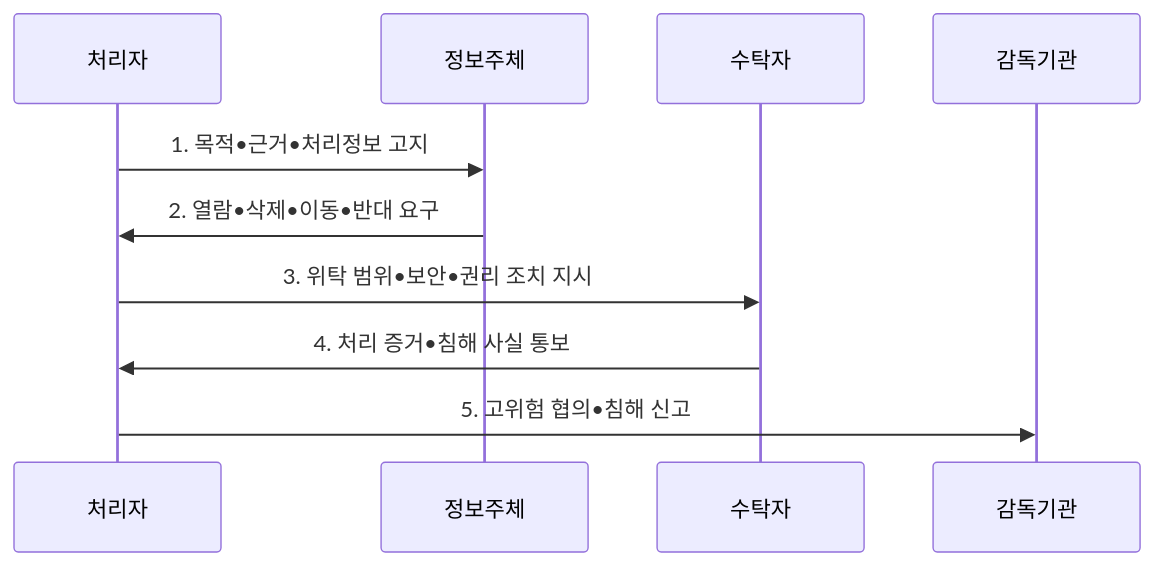
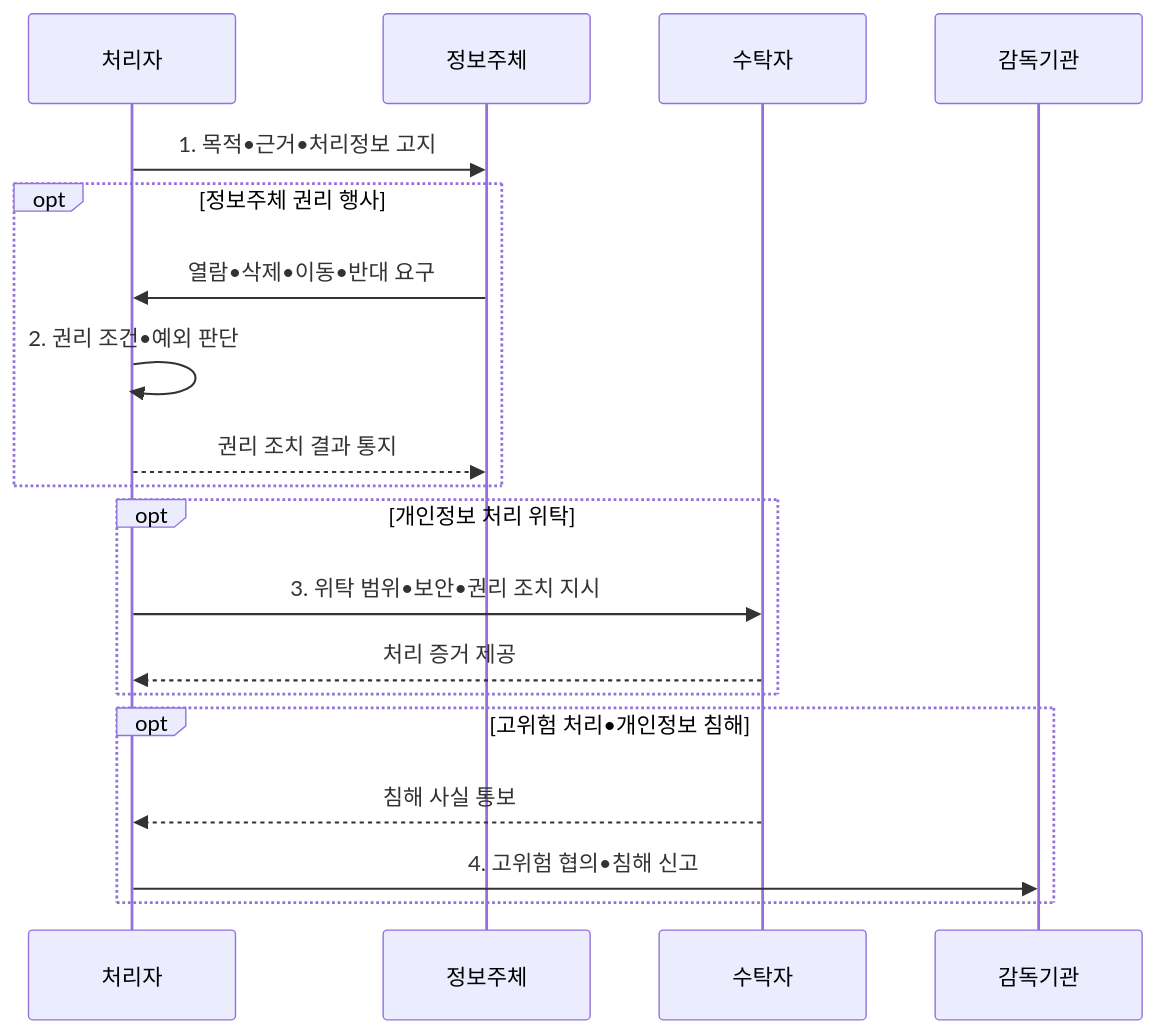
The second of 2 diagrams in src/content/docs/notes/07-law-policy/032_gdpr.md (agnusdei1207/knowledge-base), drawn with Mermaid before and after one commit. The commit also changed other lines of this file and 20 other files, not shown here.

````diff
--- a/src/content/docs/notes/07-law-policy/032_gdpr.md
+++ b/src/content/docs/notes/07-law-policy/032_gdpr.md
@@ -107,12 +107,21 @@
 ```mermaid
 sequenceDiagram
     participant C as 처리자
     participant D as 정보주체
     participant P as 수탁자
     participant A as 감독기관
     C->>D: 1. 목적•근거•처리정보 고지
-    D->>C: 2. 열람•삭제•이동•반대 요구
-    C->>P: 3. 위탁 범위•보안•권리 조치 지시
-    P->>C: 4. 처리 증거•침해 사실 통보
-    C->>A: 5. 고위험 협의•침해 신고
+    opt 정보주체 권리 행사
+        D->>C: 열람•삭제•이동•반대 요구
+        C->>C: 2. 권리 조건•예외 판단
+        C-->>D: 권리 조치 결과 통지
+    end
+    opt 개인정보 처리 위탁
+        C->>P: 3. 위탁 범위•보안•권리 조치 지시
+        P-->>C: 처리 증거 제공
+    end
+    opt 고위험 처리•개인정보 침해
+        P-->>C: 침해 사실 통보
+        C->>A: 4. 고위험 협의•침해 신고
+    end
 ```
````
